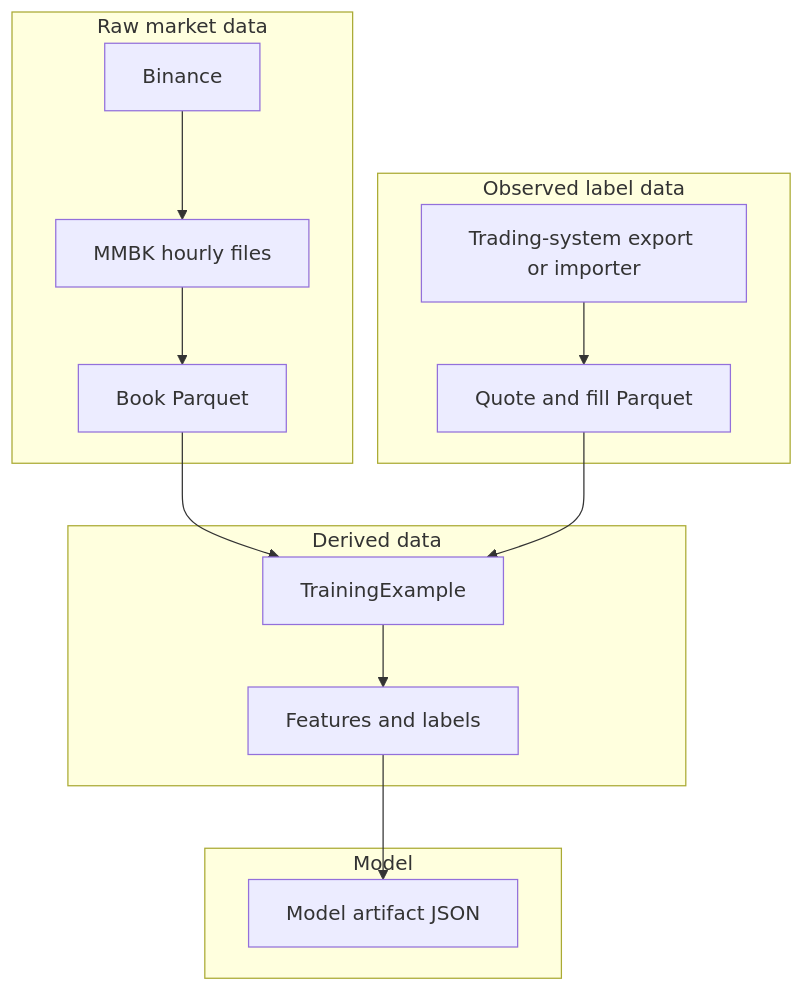
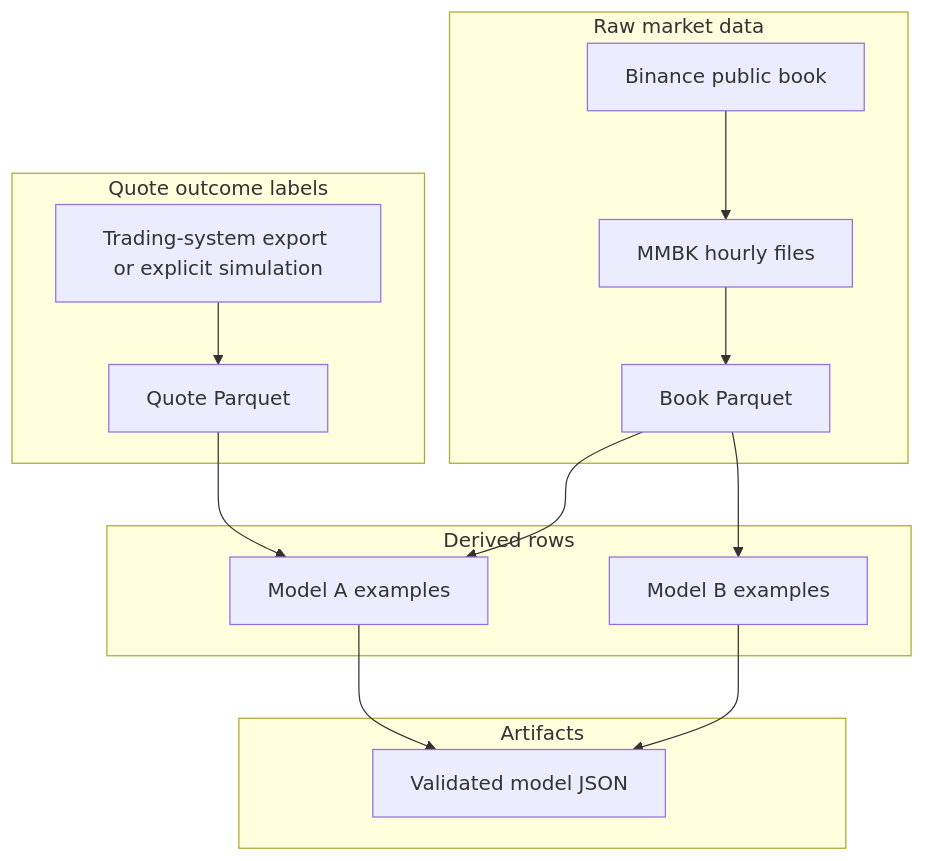
One commit to Kolzodev712/mm-model changed the third of 5 diagrams in README.md. Above: the diagram before and after it, drawn with Mermaid. The commit also changed other lines of this file and 46 other files, not shown here.

````diff
--- a/README.md
+++ b/README.md
@@ -89,28 +102,29 @@
 ```mermaid
 flowchart TD
   subgraph raw [Raw market data]
-    B[Binance]
+    B[Binance public book]
     M[MMBK hourly files]
     P[Book Parquet]
     B --> M --> P
   end
 
-  subgraph observed [Observed label data]
-    T[Trading-system export or importer]
-    Q[Quote and fill Parquet]
+  subgraph labels [Quote outcome labels]
+    T[Trading-system export or explicit simulation]
+    Q[Quote Parquet]
     T --> Q
   end
 
-  subgraph derived [Derived data]
-    E[TrainingExample]
-    F[Features and labels]
-    P --> E
-    Q --> E
-    E --> F
+  subgraph derived [Derived rows]
+    A[Model A examples]
+    B2[Model B examples]
+    P --> A
+    Q --> A
+    P --> B2
   end
 
-  subgraph model [Model]
-    A[Model artifact JSON]
-    F --> A
+  subgraph models [Artifacts]
+    Art[Validated model JSON]
+    A --> Art
+    B2 --> Art
   end
 ```
````
